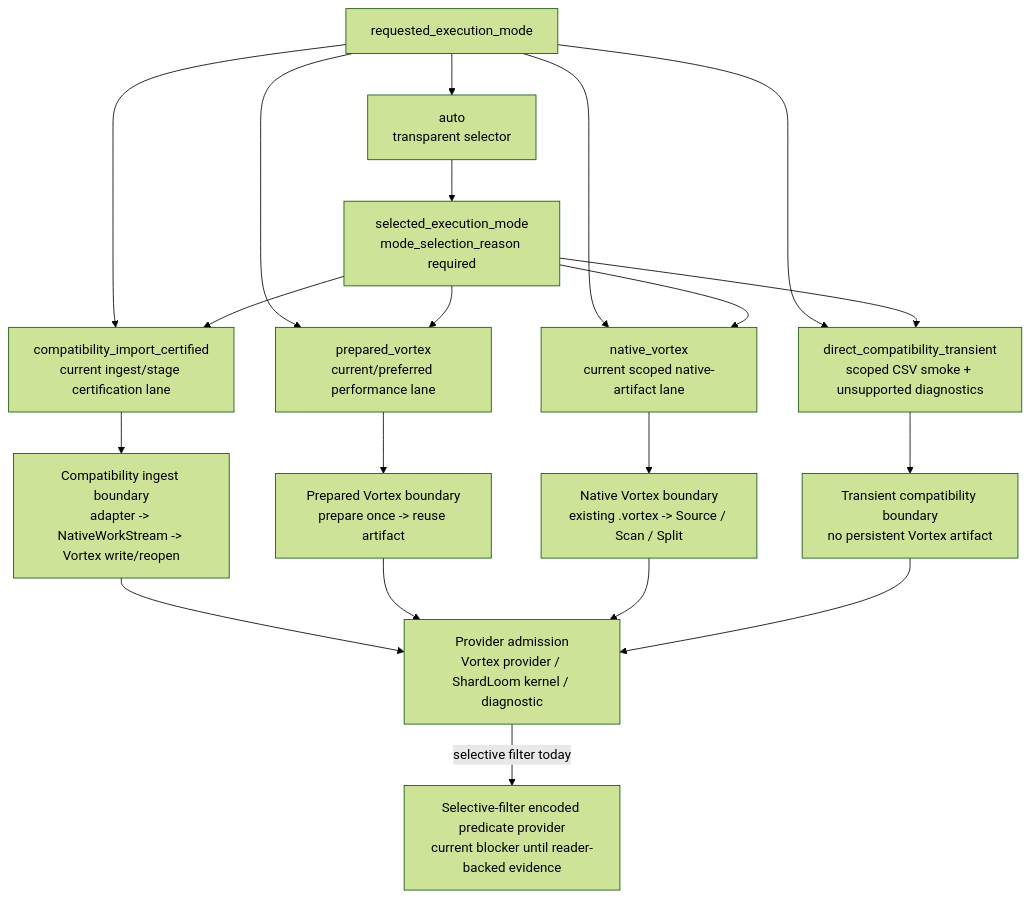
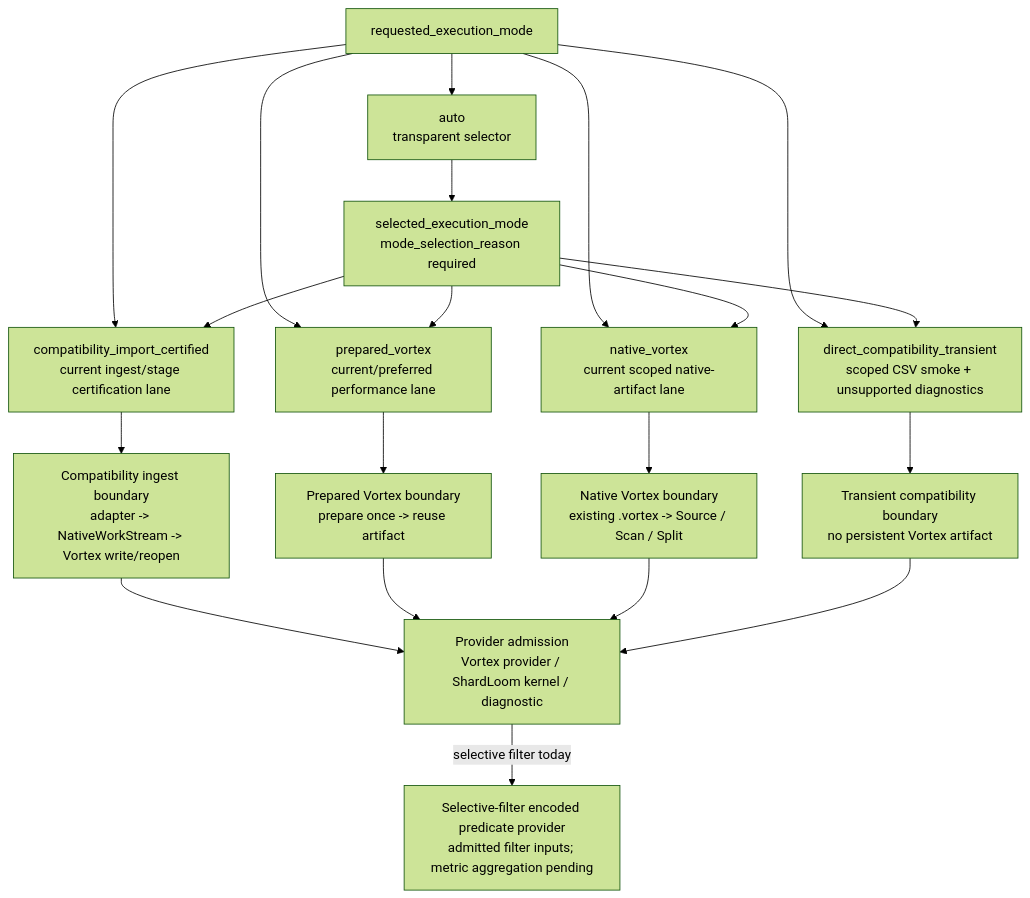
One commit to depsilon/shardloom changed the third of 6 diagrams in docs/architecture/compute-engine-flow-reference.md. Above: the diagram before and after it, drawn with Mermaid (forest theme). The commit also changed other lines of this file and 21 other files, not shown here.

Commit message:
Admit selective filter encoded inputs (#613)

````diff
--- a/docs/architecture/compute-engine-flow-reference.md
+++ b/docs/architecture/compute-engine-flow-reference.md
@@ -208,35 +208,35 @@
 ```mermaid
 flowchart TD
     REQUESTED["requested_execution_mode"]
     AUTO["auto<br/>transparent selector"]
     SELECTED["selected_execution_mode<br/>mode_selection_reason required"]
 
     COMPAT["compatibility_import_certified<br/>current ingest/stage certification lane"]
     PREPARED["prepared_vortex<br/>current/preferred performance lane"]
     NATIVE["native_vortex<br/>current scoped native-artifact lane"]
     DIRECT["direct_compatibility_transient<br/>scoped CSV smoke + unsupported diagnostics"]
 
     COMPAT_BOUNDARY["Compatibility ingest boundary<br/>adapter -> NativeWorkStream -> Vortex write/reopen"]
     PREPARED_BOUNDARY["Prepared Vortex boundary<br/>prepare once -> reuse artifact"]
     NATIVE_BOUNDARY["Native Vortex boundary<br/>existing .vortex -> Source / Scan / Split"]
     DIRECT_BOUNDARY["Transient compatibility boundary<br/>no persistent Vortex artifact"]
 
     PROVIDER["Provider admission<br/>Vortex provider / ShardLoom kernel / diagnostic"]
-    SELECTIVE_BLOCKER["Selective-filter encoded predicate provider<br/>current blocker until reader-backed evidence"]
+    SELECTIVE_BLOCKER["Selective-filter encoded predicate provider<br/>admitted filter inputs; metric aggregation pending"]
 
     REQUESTED --> AUTO --> SELECTED
     REQUESTED --> COMPAT
     REQUESTED --> PREPARED
     REQUESTED --> NATIVE
     REQUESTED --> DIRECT
     SELECTED --> COMPAT
     SELECTED --> PREPARED
     SELECTED --> NATIVE
     SELECTED --> DIRECT
 
     COMPAT --> COMPAT_BOUNDARY --> PROVIDER
     PREPARED --> PREPARED_BOUNDARY --> PROVIDER
     NATIVE --> NATIVE_BOUNDARY --> PROVIDER
     DIRECT --> DIRECT_BOUNDARY --> PROVIDER
     PROVIDER -->|"selective filter today"| SELECTIVE_BLOCKER
 ```
````
